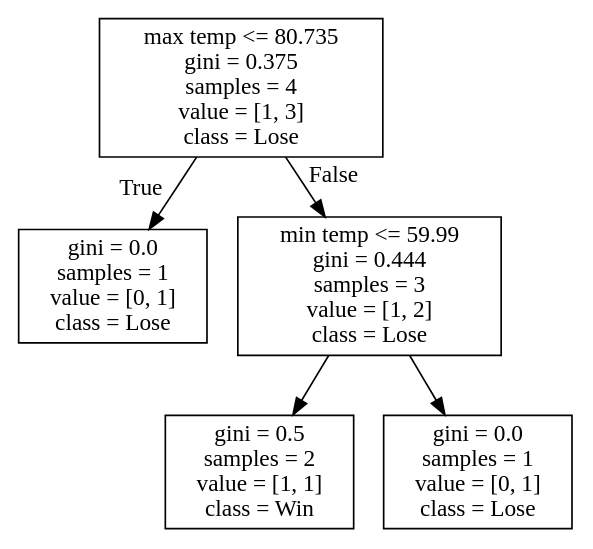
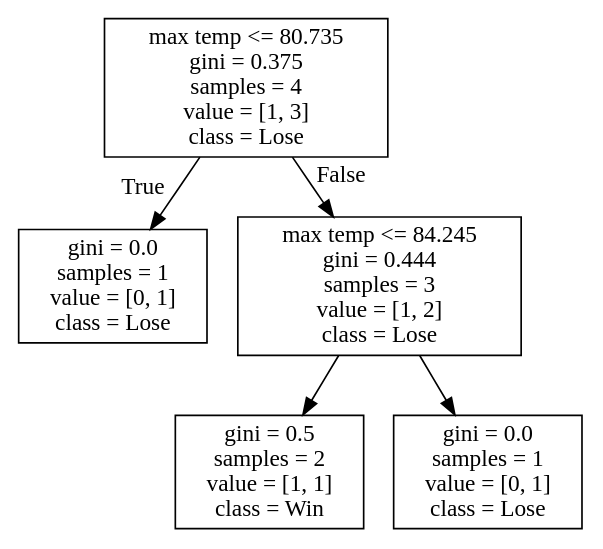
Before and after one commit to alexana-steck/CSE482Project: the diagram in DecisionTrees/Conference USAdecision_tree_no_score_or_attendance10.dot, drawn with Graphviz. The commit also changed 236 other files, not shown here.

```diff
--- a/DecisionTrees/Conference USAdecision_tree_no_score_or_attendance10.dot
+++ b/DecisionTrees/Conference USAdecision_tree_no_score_or_attendance10.dot
@@ -1,12 +1,12 @@
 digraph Tree {
 node [shape=box] ;
 0 [label="max temp <= 80.735\ngini = 0.375\nsamples = 4\nvalue = [1, 3]\nclass = Lose"] ;
 1 [label="gini = 0.0\nsamples = 1\nvalue = [0, 1]\nclass = Lose"] ;
 0 -> 1 [labeldistance=2.5, labelangle=45, headlabel="True"] ;
-2 [label="min temp <= 59.99\ngini = 0.444\nsamples = 3\nvalue = [1, 2]\nclass = Lose"] ;
+2 [label="max temp <= 84.245\ngini = 0.444\nsamples = 3\nvalue = [1, 2]\nclass = Lose"] ;
 0 -> 2 [labeldistance=2.5, labelangle=-45, headlabel="False"] ;
 3 [label="gini = 0.5\nsamples = 2\nvalue = [1, 1]\nclass = Win"] ;
 2 -> 3 ;
 4 [label="gini = 0.0\nsamples = 1\nvalue = [0, 1]\nclass = Lose"] ;
 2 -> 4 ;
 }
```
